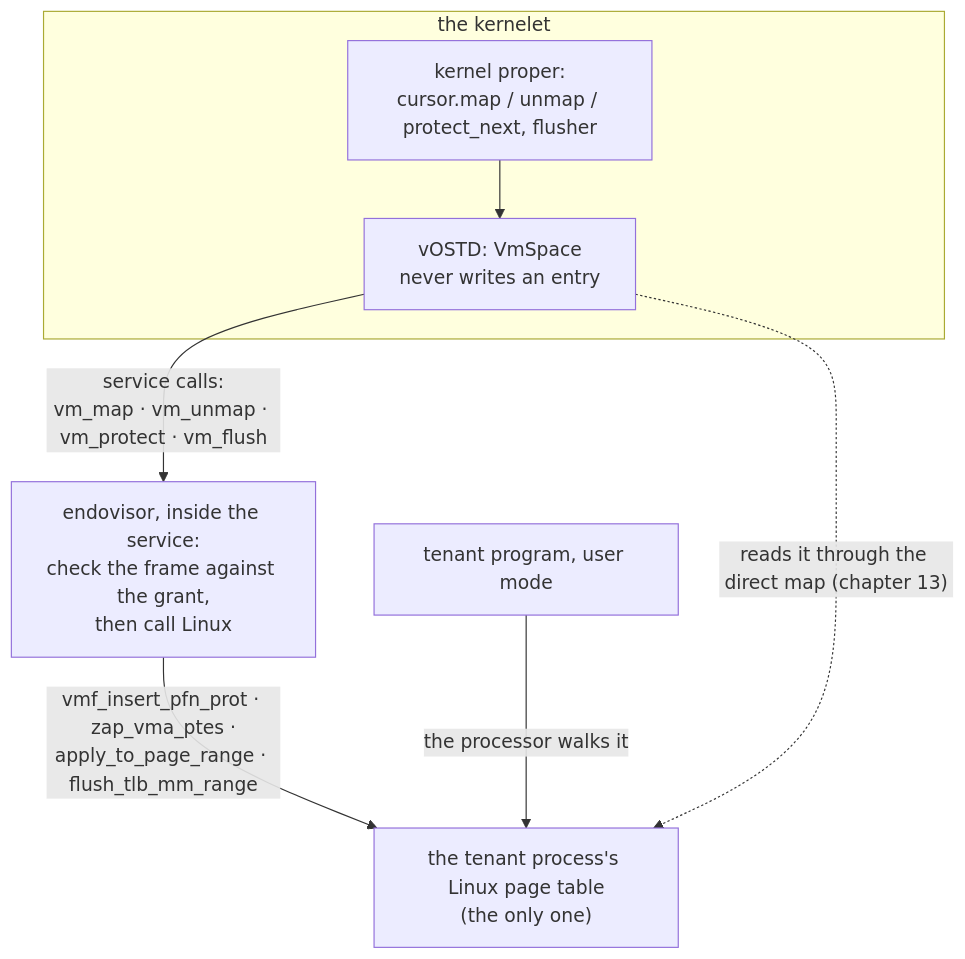
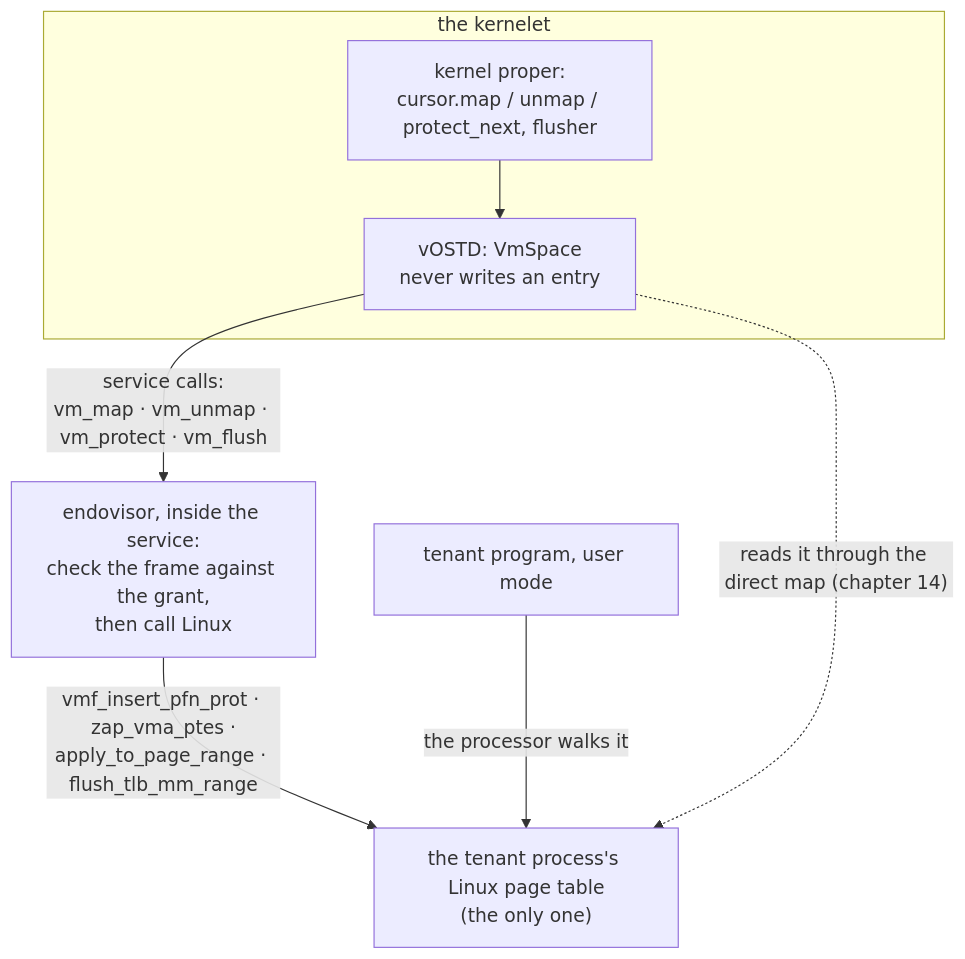
One commit to Plucky923/kernelet changed the first of 2 diagrams in src/tenant-memory-on-linux-page-tables.md. Above: the diagram before and after it, drawn with Mermaid. The commit also changed other lines of this file and 27 other files, not shown here.

````diff
--- a/src/tenant-memory-on-linux-page-tables.md
+++ b/src/tenant-memory-on-linux-page-tables.md
@@ -13,10 +13,10 @@
 ```mermaid
 flowchart TB
     subgraph K["the kernelet"]
         kp["kernel proper:<br/>cursor.map / unmap / protect_next, flusher"] --> v["vOSTD: VmSpace<br/>never writes an entry"]
     end
     v -- "service calls:<br/>vm_map · vm_unmap · vm_protect · vm_flush" --> e["endovisor, inside the service:<br/>check the frame against the grant,<br/>then call Linux"]
     e -- "vmf_insert_pfn_prot · zap_vma_ptes ·<br/>apply_to_page_range · flush_tlb_mm_range" --> pt["the tenant process's Linux page table<br/>(the only one)"]
     u["tenant program, user mode"] -- "the processor walks it" --> pt
-    v -. "reads it through the direct map (chapter 13)" .-> pt
+    v -. "reads it through the direct map (chapter 14)" .-> pt
 ```
````
